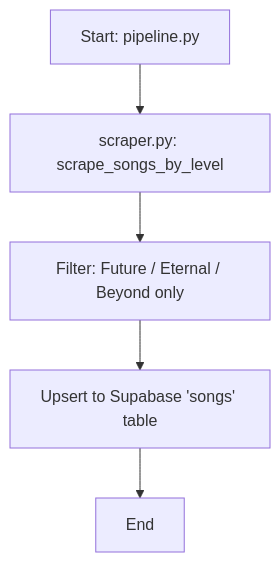
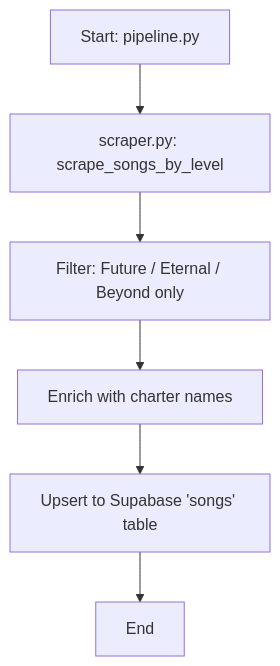
One commit to rtrin/arcaeacharts-db-pipeline changed the diagram in README.md. Above: the diagram before and after it, drawn with Mermaid.

Commit message:
docs: add charter enrichment step to pipeline diagram

````diff
--- a/README.md
+++ b/README.md
@@ -13,7 +13,8 @@
 ```mermaid
 graph TD
     A[Start: pipeline.py] --> B[scraper.py: scrape_songs_by_level]
     B --> C[Filter: Future / Eternal / Beyond only]
-    C --> D[Upsert to Supabase 'songs' table]
-    D --> E[End]
+    C --> D[Enrich with charter names]
+    D --> E[Upsert to Supabase 'songs' table]
+    E --> F[End]
 ```
````
